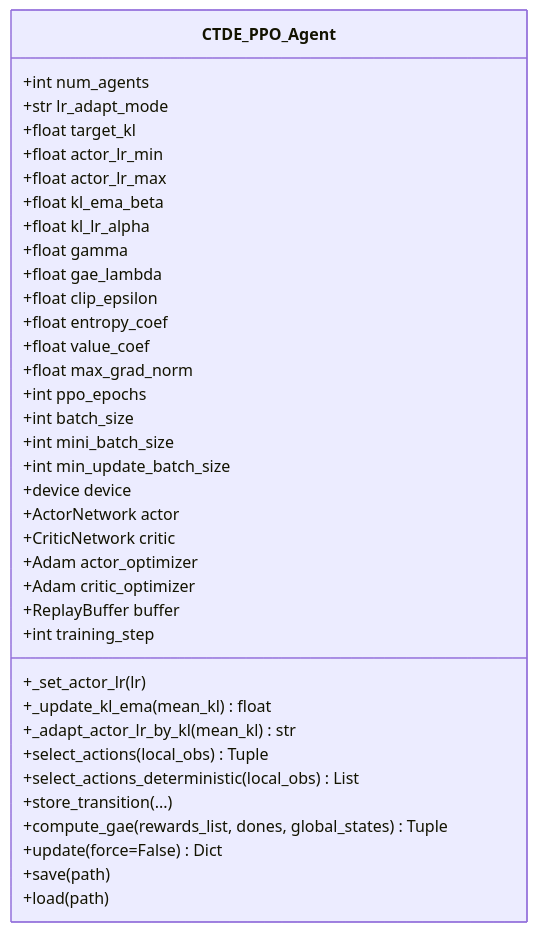
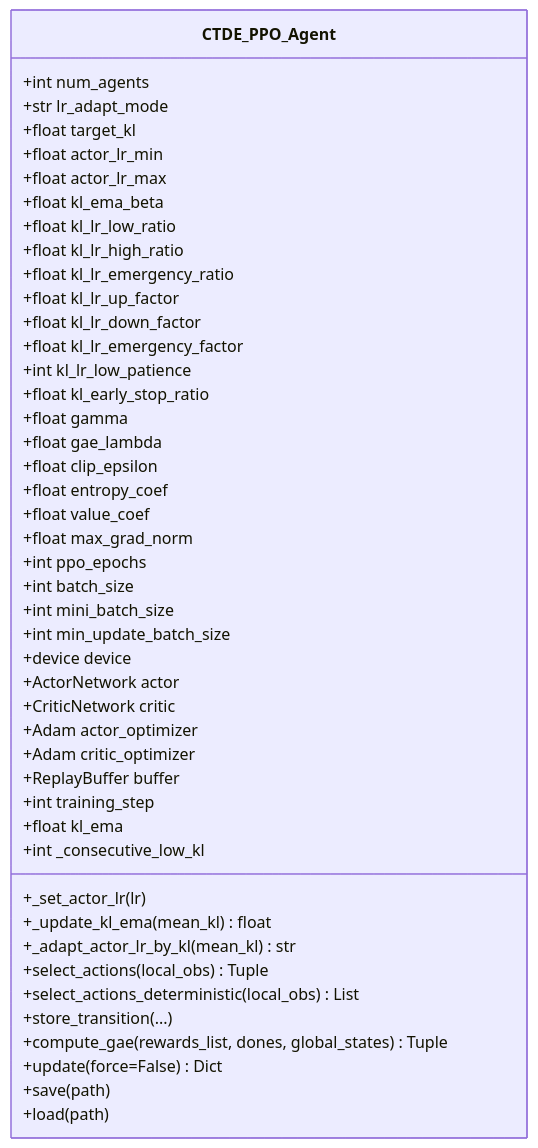
The fourth of 5 diagrams in .qoder/repowiki/zh/content/算法实现/自适应学习率机制.md (xixi10001/self_Adaptive), drawn with Mermaid before and after one commit. The commit also changed other lines of this file and 94 other files, not shown here.

````diff
--- a/.qoder/repowiki/zh/content/算法实现/自适应学习率机制.md
+++ b/.qoder/repowiki/zh/content/算法实现/自适应学习率机制.md
@@ -134,39 +167,48 @@
 ```mermaid
 classDiagram
 class CTDE_PPO_Agent {
 +int num_agents
 +str lr_adapt_mode
 +float target_kl
 +float actor_lr_min
 +float actor_lr_max
 +float kl_ema_beta
-+float kl_lr_alpha
++float kl_lr_low_ratio
++float kl_lr_high_ratio
++float kl_lr_emergency_ratio
++float kl_lr_up_factor
++float kl_lr_down_factor
++float kl_lr_emergency_factor
++int kl_lr_low_patience
++float kl_early_stop_ratio
 +float gamma
 +float gae_lambda
 +float clip_epsilon
 +float entropy_coef
 +float value_coef
 +float max_grad_norm
 +int ppo_epochs
 +int batch_size
 +int mini_batch_size
 +int min_update_batch_size
 +device device
 +ActorNetwork actor
 +CriticNetwork critic
 +Adam actor_optimizer
 +Adam critic_optimizer
 +ReplayBuffer buffer
 +int training_step
++float kl_ema
++int _consecutive_low_kl
 +_set_actor_lr(lr)
 +_update_kl_ema(mean_kl) float
 +_adapt_actor_lr_by_kl(mean_kl) str
 +select_actions(local_obs) Tuple
 +select_actions_deterministic(local_obs) List
 +store_transition(...)
 +compute_gae(rewards_list, dones, global_states) Tuple
 +update(force=False) Dict
 +save(path)
 +load(path)
 }
 ```
````
